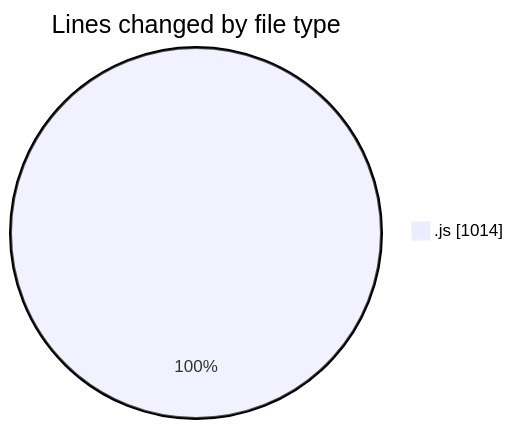
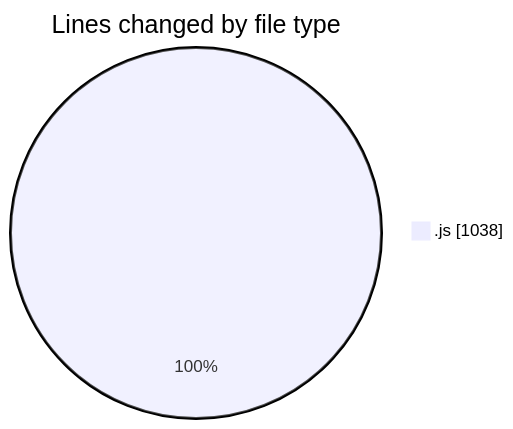
Before and after one commit to Ritupan-Deka/code-tracking: the first of 2 diagrams in 2025-07-29/javascript/README.md, drawn with Mermaid. The commit also changed other lines of this file and 1 other file, not shown here.

````diff
--- a/2025-07-29/javascript/README.md
+++ b/2025-07-29/javascript/README.md
@@ -21,5 +21,5 @@
 ```mermaid
 pie showData
 title Lines changed by file type
-".js" : 1014
+".js" : 1038
 ```
````
